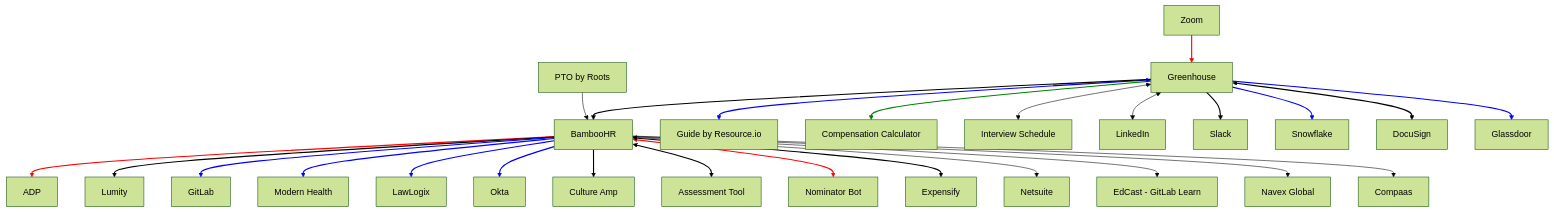
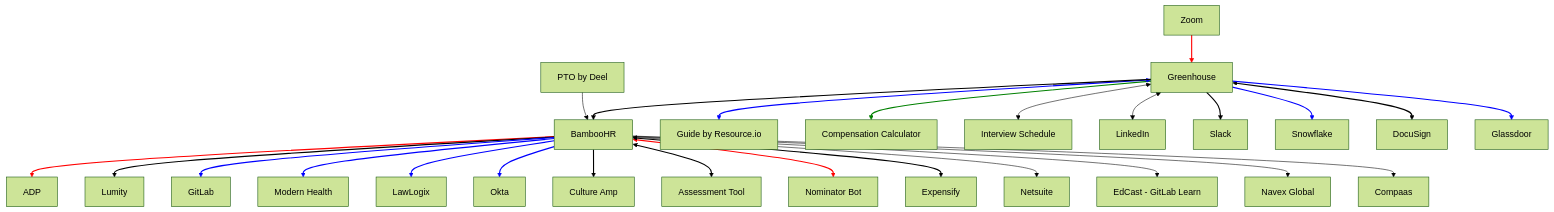
The diagram in people-group/systems-architecture/index.html.md (secretstartups/handbook), drawn with Mermaid (forest theme) before and after one commit. The commit also changed 8 other files, not shown here.

Commit message:
Rename PTO by Roots to PTO by Deel

```diff
--- a/people-group/systems-architecture/index.html.md
+++ b/people-group/systems-architecture/index.html.md
@@ -20,7 +20,7 @@
     B[BambooHR]
     C[GitLab]
     D[Modern Health]
-    E[PTO by Roots]
+    E[PTO by Deel]
     F[LawLogix]
     G[Okta]
     H[Culture Amp]
```
